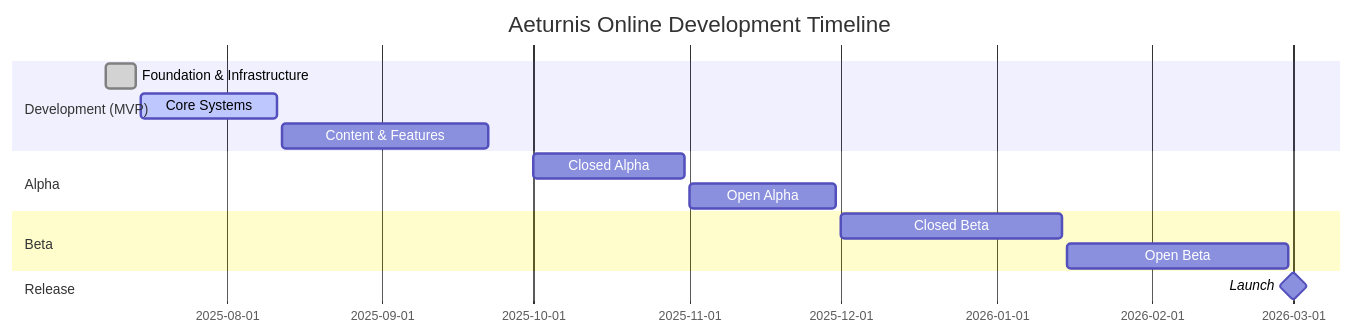
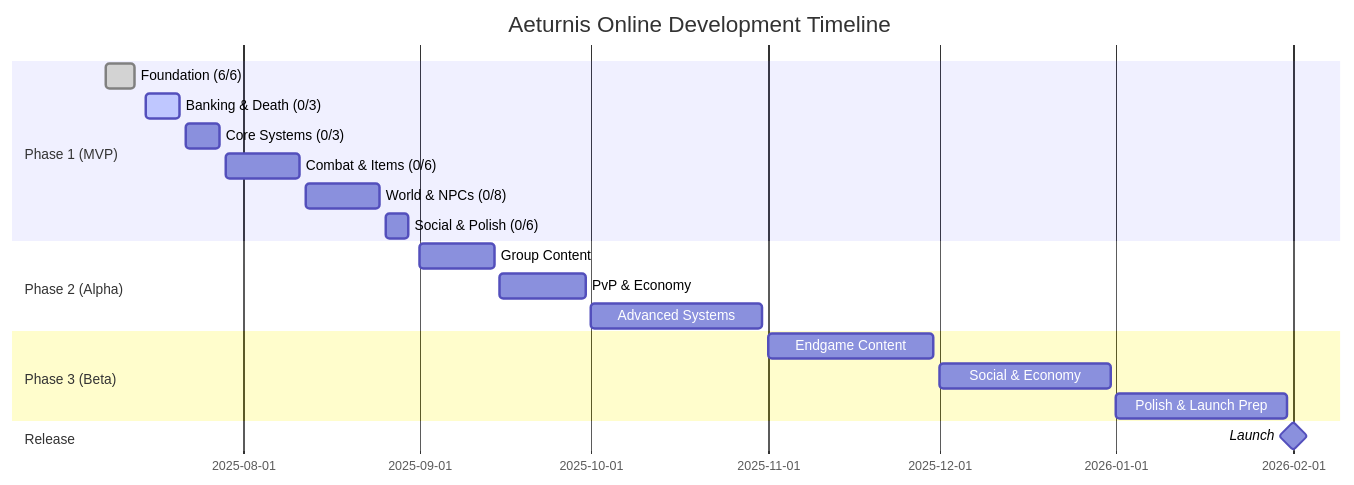
One commit to Aeturnia/Aeturnis-Project changed the first of 2 diagrams in ROADMAP_VISUAL.md. Above: the diagram before and after it, drawn with Mermaid. The commit also changed other lines of this file and 4 other files, not shown here.

Commit message:
docs: Align roadmaps with prompt tracker (32 systems, not 46)

````diff
--- a/ROADMAP_VISUAL.md
+++ b/ROADMAP_VISUAL.md
@@ -13,17 +13,22 @@
 ```mermaid
 gantt
     title Aeturnis Online Development Timeline
     dateFormat YYYY-MM-DD
-    section Development (MVP)
-    Foundation & Infrastructure    :done, 2025-07-08, 2025-07-14
-    Core Systems                   :active, 2025-07-15, 2025-08-11
-    Content & Features            :2025-08-12, 2025-09-22
-    section Alpha
-    Closed Alpha                  :2025-10-01, 2025-10-31
-    Open Alpha                    :2025-11-01, 2025-11-30
-    section Beta
-    Closed Beta                   :2025-12-01, 2026-01-14
-    Open Beta                     :2026-01-15, 2026-02-28
+    section Phase 1 (MVP)
+    Foundation (6/6)          :done, 2025-07-08, 2025-07-13
+    Banking & Death (0/3)     :active, 2025-07-15, 2025-07-21
+    Core Systems (0/3)        :2025-07-22, 2025-07-28
+    Combat & Items (0/6)      :2025-07-29, 2025-08-11
+    World & NPCs (0/8)        :2025-08-12, 2025-08-25
+    Social & Polish (0/6)     :2025-08-26, 2025-08-30
+    section Phase 2 (Alpha)
+    Group Content             :2025-09-01, 2025-09-14
+    PvP & Economy            :2025-09-15, 2025-09-30
+    Advanced Systems         :2025-10-01, 2025-10-31
+    section Phase 3 (Beta)
+    Endgame Content          :2025-11-01, 2025-11-30
+    Social & Economy         :2025-12-01, 2025-12-31
+    Polish & Launch Prep     :2026-01-01, 2026-01-31
     section Release
-    Launch                        :milestone, 2026-03-01, 0d
+    Launch                   :milestone, 2026-02-01, 0d
 ```
````
